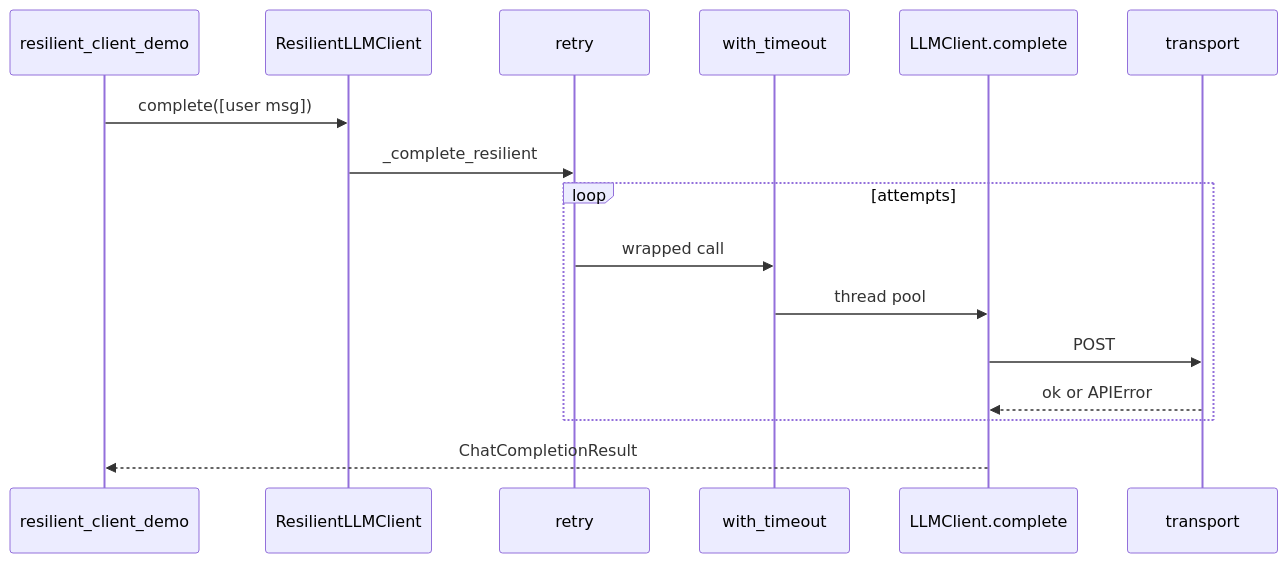
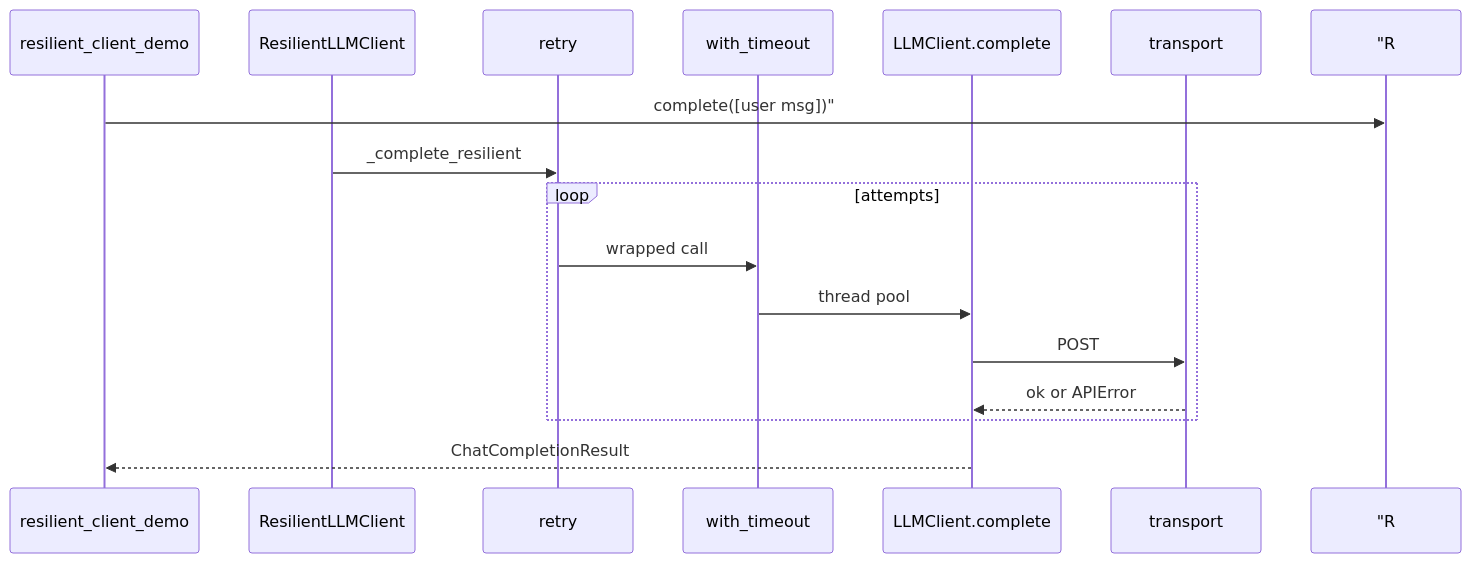
The diagram in course/day13/20_完整代码走查.md (ab6539763/70_days_course_plus), drawn with Mermaid before and after one commit. The commit also changed 134 other files, not shown here.

````diff
--- a/course/day13/20_完整代码走查.md
+++ b/course/day13/20_完整代码走查.md
@@ -140,19 +140,19 @@
 ```mermaid
 sequenceDiagram
     participant Demo as resilient_client_demo
     participant R as ResilientLLMClient
     participant Retry as retry
     participant TO as with_timeout
     participant Base as LLMClient.complete
     participant Tr as transport
 
-    Demo->>R: complete([user msg])
+    Demo->> "R: complete([user msg])"
     R->>Retry: _complete_resilient
     loop attempts
         Retry->>TO: wrapped call
         TO->>Base: thread pool
         Base->>Tr: POST
         Tr-->>Base: ok or APIError
     end
     Base-->>Demo: ChatCompletionResult
 ```
````
